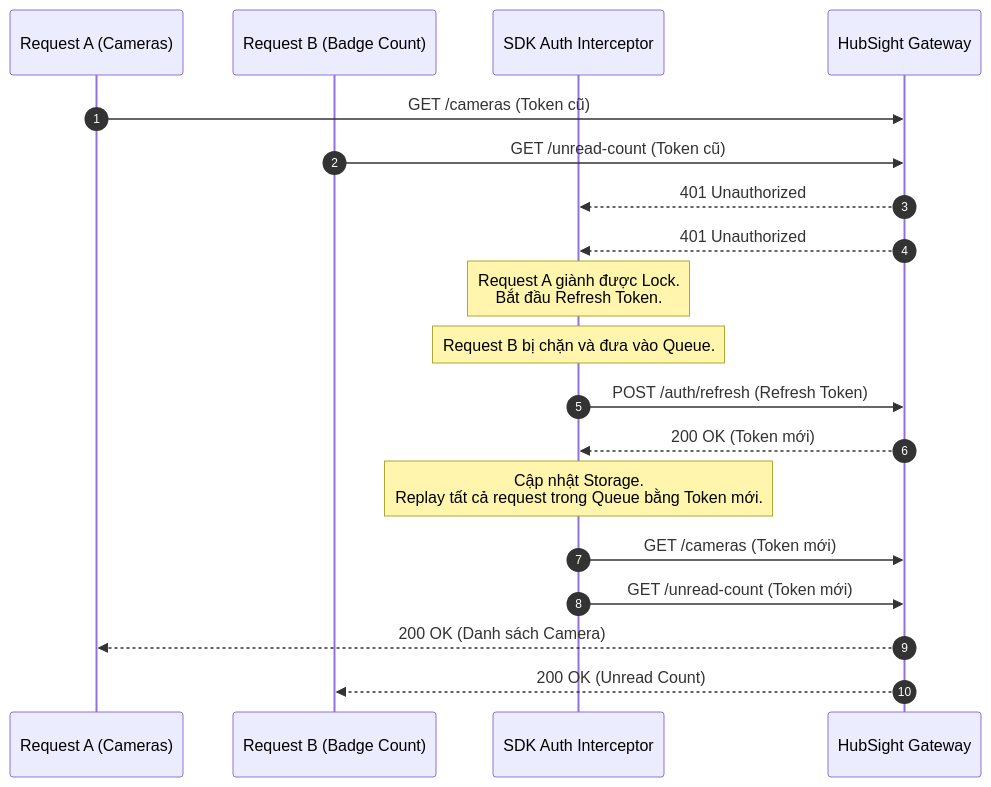
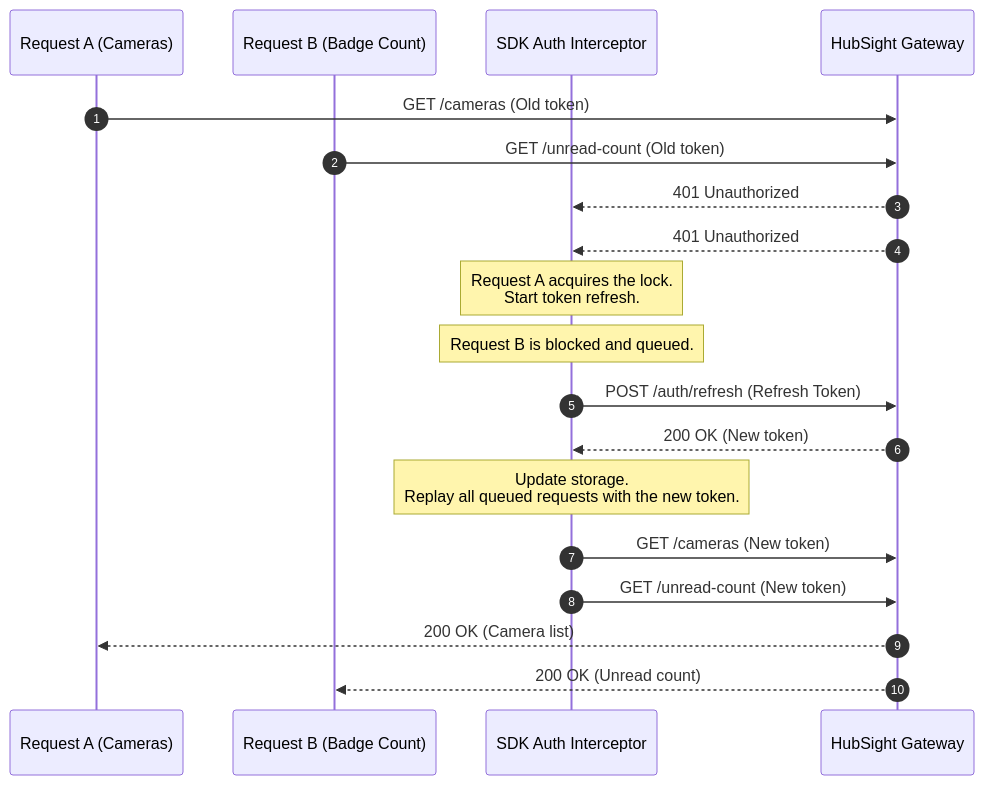
The second of 2 diagrams in docs/MOBILE_SDK_GUIDELINES.md (HubSight/hubsight), drawn with Mermaid before and after one commit. The commit also changed other lines of this file and 11 other files, not shown here.

````diff
--- a/docs/MOBILE_SDK_GUIDELINES.md
+++ b/docs/MOBILE_SDK_GUIDELINES.md
@@ -102,25 +102,25 @@
 ```mermaid
 sequenceDiagram
     autonumber
     participant AppReq1 as Request A (Cameras)
     participant AppReq2 as Request B (Badge Count)
     participant Interceptor as SDK Auth Interceptor
     participant Gateway as HubSight Gateway
 
-    AppReq1->>Gateway: GET /cameras (Token cũ)
-    AppReq2->>Gateway: GET /unread-count (Token cũ)
+    AppReq1->>Gateway: GET /cameras (Old token)
+    AppReq2->>Gateway: GET /unread-count (Old token)
     Gateway-->>Interceptor: 401 Unauthorized
     Gateway-->>Interceptor: 401 Unauthorized
 
-    Note over Interceptor: Request A giành được Lock.<br/>Bắt đầu Refresh Token.
-    Note over Interceptor: Request B bị chặn và đưa vào Queue.
+    Note over Interceptor: Request A acquires the lock.<br/>Start token refresh.
+    Note over Interceptor: Request B is blocked and queued.
 
     Interceptor->>Gateway: POST /auth/refresh (Refresh Token)
-    Gateway-->>Interceptor: 200 OK (Token mới)
+    Gateway-->>Interceptor: 200 OK (New token)
 
-    Note over Interceptor: Cập nhật Storage.<br/>Replay tất cả request trong Queue bằng Token mới.
-    Interceptor->>Gateway: GET /cameras (Token mới)
-    Interceptor->>Gateway: GET /unread-count (Token mới)
-    Gateway-->>AppReq1: 200 OK (Danh sách Camera)
-    Gateway-->>AppReq2: 200 OK (Unread Count)
+    Note over Interceptor: Update storage.<br/>Replay all queued requests with the new token.
+    Interceptor->>Gateway: GET /cameras (New token)
+    Interceptor->>Gateway: GET /unread-count (New token)
+    Gateway-->>AppReq1: 200 OK (Camera list)
+    Gateway-->>AppReq2: 200 OK (Unread count)
 ```
````
